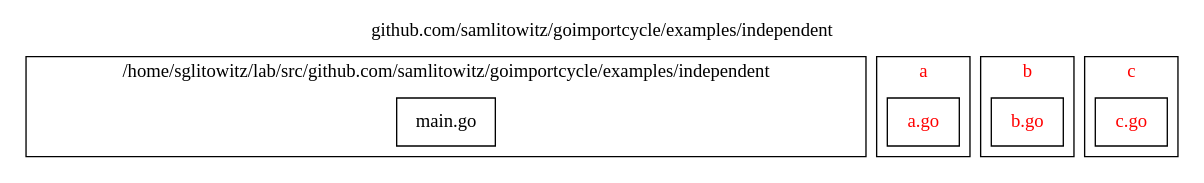
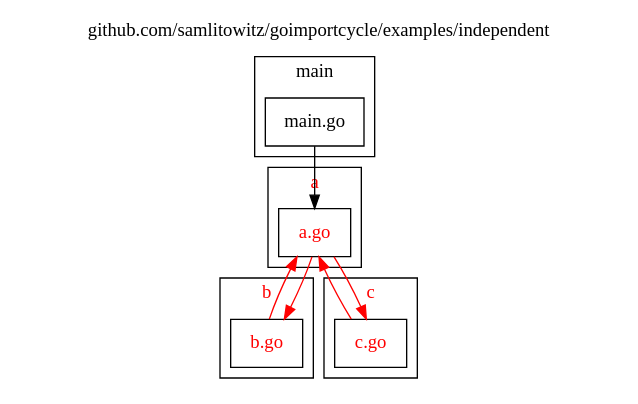
One commit to samlitowitz/goimportcycle changed the diagram in assets/examples/independent/file.dot. Above: the diagram before and after it, drawn with Graphviz. The commit also changed 19 other files, not shown here.

```diff
--- a/assets/examples/independent/file.dot
+++ b/assets/examples/independent/file.dot
@@ -1,44 +1,49 @@
 
 digraph {
 	labelloc="t";
 	label="github.com/samlitowitz/goimportcycle/examples/independent";
 	rankdir="TB";
 	node [shape="rect"];
-
-	subgraph cluster_pkg_main {
-		label="/home/sglitowitz/lab/src/github.com/samlitowitz/goimportcycle/examples/independent";
-		style="filled";
-		fontcolor="#000000";
-		fillcolor="#ffffff";
-
-		pkg_main_file_main [label="main.go", style="filled", fontcolor="#000000", fillcolor="#ffffff"];
-	};
 
 	subgraph cluster_pkg_a {
 		label="a";
 		style="filled";
 		fontcolor="#ff0000";
 		fillcolor="#ffffff";
 
 		pkg_a_file_a [label="a.go", style="filled", fontcolor="#ff0000", fillcolor="#ffffff"];
 	};
 
 	subgraph cluster_pkg_b {
 		label="b";
 		style="filled";
 		fontcolor="#ff0000";
 		fillcolor="#ffffff";
 
 		pkg_b_file_b [label="b.go", style="filled", fontcolor="#ff0000", fillcolor="#ffffff"];
 	};
 
 	subgraph cluster_pkg_c {
 		label="c";
 		style="filled";
 		fontcolor="#ff0000";
 		fillcolor="#ffffff";
 
 		pkg_c_file_c [label="c.go", style="filled", fontcolor="#ff0000", fillcolor="#ffffff"];
 	};
 
+	subgraph cluster_pkg_main {
+		label="main";
+		style="filled";
+		fontcolor="#000000";
+		fillcolor="#ffffff";
+
+		pkg_main_file_main [label="main.go", style="filled", fontcolor="#000000", fillcolor="#ffffff"];
+	};
+
+	pkg_a_file_a -> pkg_b_file_b [color="#ff0000"];
+	pkg_a_file_a -> pkg_c_file_c [color="#ff0000"];
+	pkg_b_file_b -> pkg_a_file_a [color="#ff0000"];
+	pkg_c_file_c -> pkg_a_file_a [color="#ff0000"];
+	pkg_main_file_main -> pkg_a_file_a [color="#000000"];
 }
```
